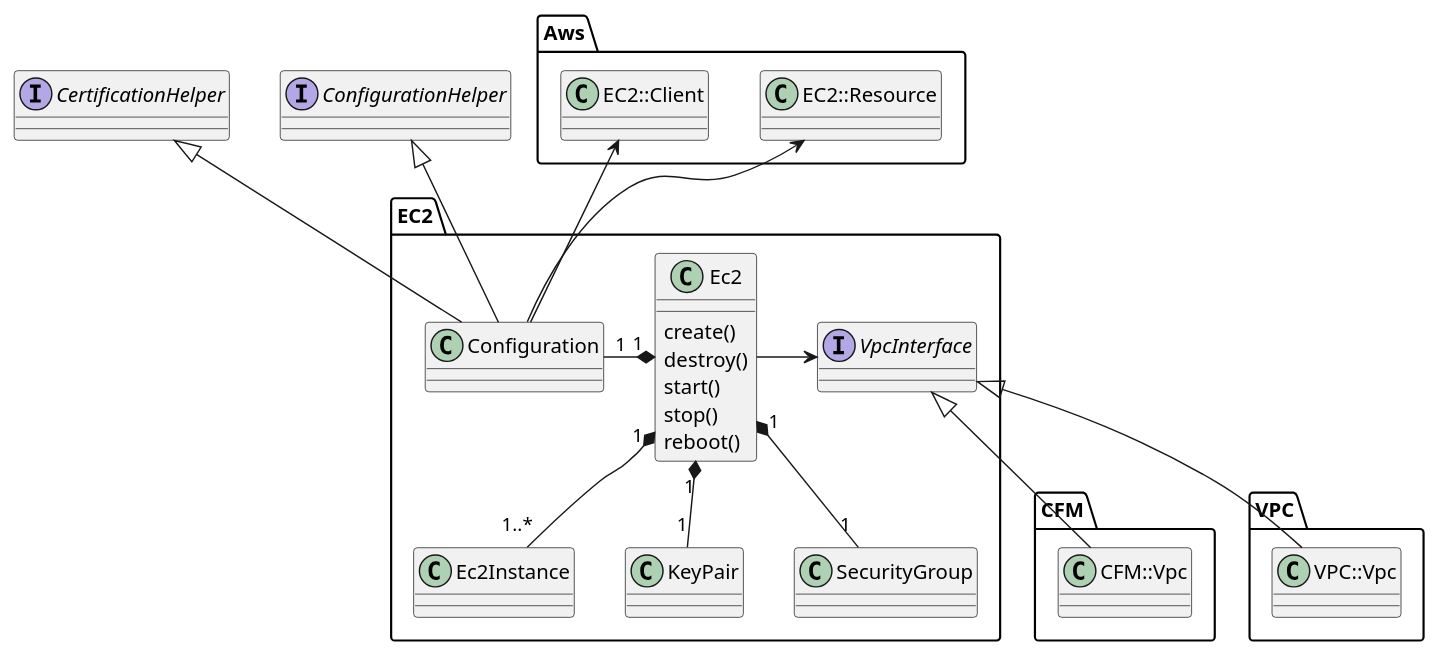
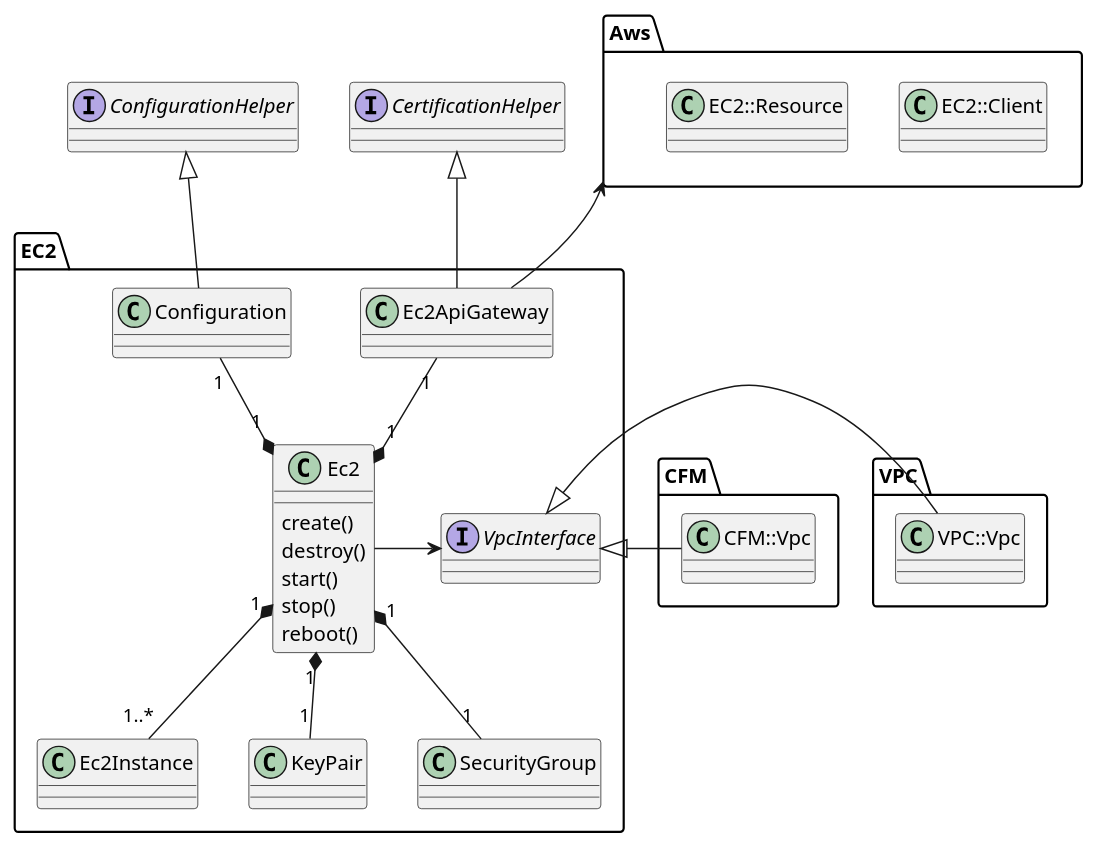
One commit to k2works/etude_for_aws changed the diagram in docs/dev/ec2/core_model.puml. Above: the diagram before and after it, drawn with PlantUML. The commit also changed 3 other files, not shown here.

```diff
--- a/docs/dev/ec2/core_model.puml
+++ b/docs/dev/ec2/core_model.puml
@@ -1,43 +1,43 @@
 @startuml
 
 package Aws {
   class EC2::Client
   class EC2::Resource
 }
 
 package CFM {
   class CFM::Vpc
 }
 
 package VPC {
   class VPC::Vpc
 }
 
 Interface CertificationHelper
 Interface ConfigurationHelper
 
 package EC2 {
   Interface VpcInterface
-  VpcInterface <|-- CFM::Vpc
-  VpcInterface <|-- VPC::Vpc
+  VpcInterface <|-r- CFM::Vpc
+  VpcInterface <|-l- VPC::Vpc
 
   class Ec2 {
     create()
     destroy()
     start()
     stop()
     reboot()
   }
-  CertificationHelper <|-- Configuration
+  CertificationHelper <|-- Ec2ApiGateway
   ConfigurationHelper <|-- Configuration
-  Configuration -u-> EC2::Client
-  Configuration -u-> EC2::Resource
+  Ec2ApiGateway -u-> Aws
   Ec2 -r-> VpcInterface
-  Ec2 "1" *-l- "1" Configuration
+  Ec2 "1" *-u- "1" Configuration
+  Ec2 "1" *-u- "1" Ec2ApiGateway
   Ec2 "1" *-- "1..*" Ec2Instance
   Ec2 "1" *-- "1" KeyPair
   Ec2 "1" *-- "1" SecurityGroup
 
 }
 
 @enduml
```
